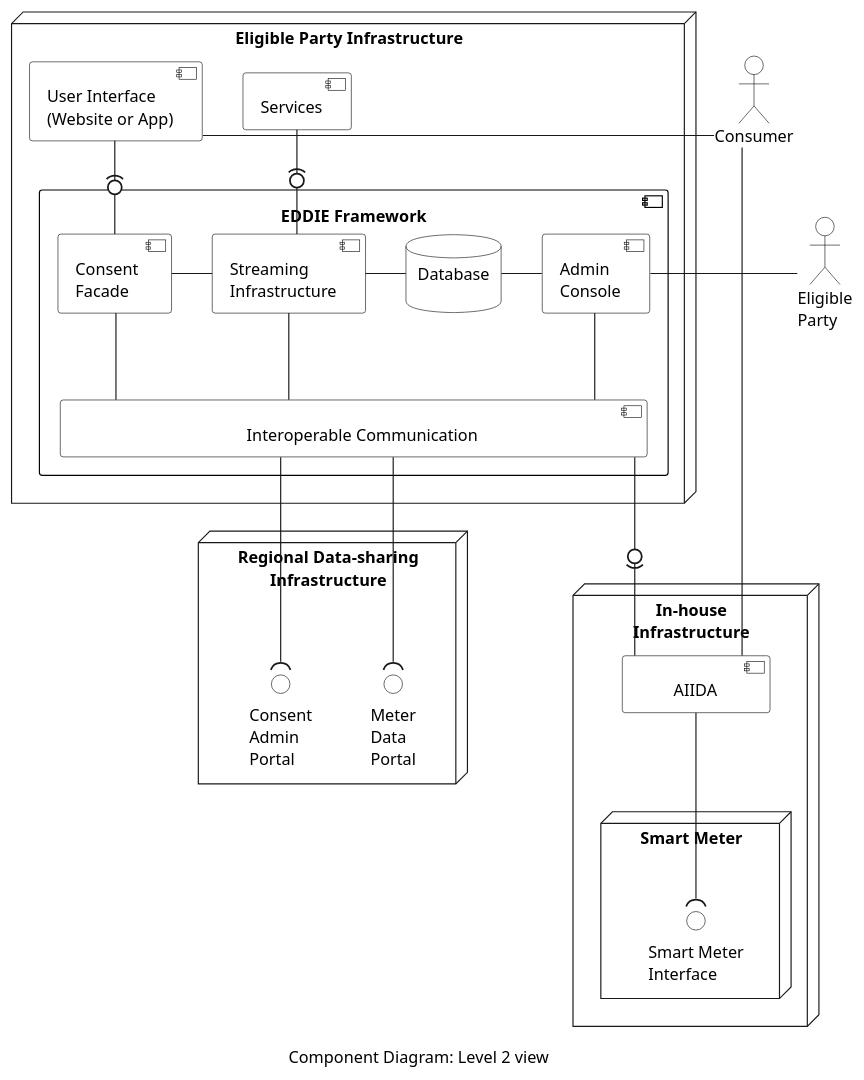
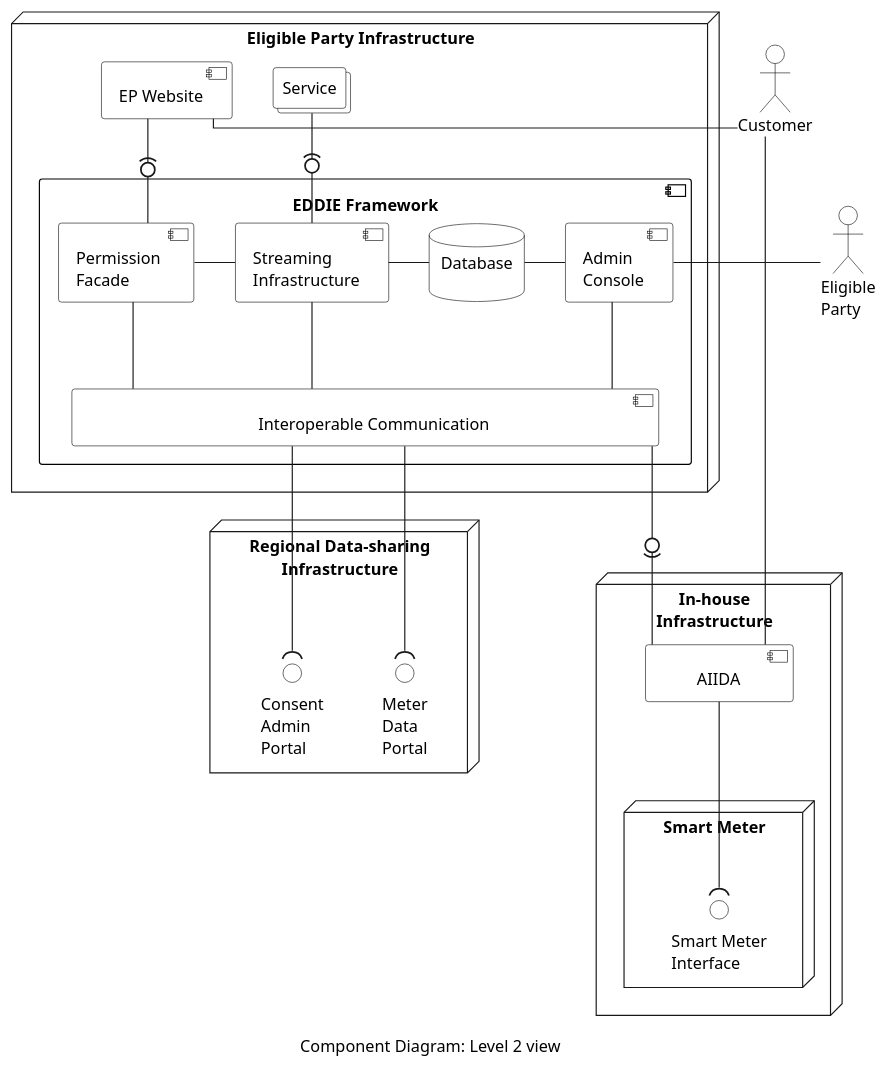
The diagram in arc42/05-building-block-view/figures/component-diagram-level-2.puml (eddie-energy/architecture), drawn with PlantUML before and after one commit. The commit also changed 129 other files, not shown here.

```diff
--- a/arc42/05-building-block-view/figures/component-diagram-level-2.puml
+++ b/arc42/05-building-block-view/figures/component-diagram-level-2.puml
@@ -1,78 +1,82 @@
 @startuml component-diagram-level-2
 'component diagram
 caption Component Diagram: Level 2 view
 
 skinparam linetype ortho
 skinparam interface {
   backgroundColor transparent
   borderColor black
 }
 skinparam component{
   BorderColor black
   BackgroundColor transparent
 }
 skinparam actor{
   BorderColor black
   BackgroundColor transparent
 }
 skinparam database{
   BorderColor black
   BackgroundColor transparent
 }
+skinparam collections{
+  BorderColor black
+  BackgroundColor white
+}
 skinparam rectangle{
   BorderColor transparent
   BackgroundColor transparent
   FontColor transparent
 }
 
 
 node "Eligible Party Infrastructure"  as epInfra{
   component "EDDIE Framework" {    
-    component "Consent \nFacade" as consentFacade
+    component "Permission \nFacade" as consentFacade
     component "Streaming\nInfrastructure" as broker
     database "Database\n" as database
     component "Admin \nConsole" as adminConsole
     component "\t\t\t\t\tInteroperable Communication\t\t\t\t\t" as comm
   }
  
-    component "User Interface \n(Website or App)" as ui
-    component "Services" as services
+    component "EP Website" as ui
+    collections "Service" as services
   
 
   ui -down(0- consentFacade
   ui -[hidden]right- services
   consentFacade -right- broker
   consentFacade -down- comm
   broker -right- database
   broker -down- comm
   database -right-adminConsole
   broker -up0)- services
   adminConsole -down- comm
 
 }
 node "In-house\nInfrastructure" {
   component "\tAIIDA\t" as aiida
   node "Smart Meter" as meter {
       interface "Smart Meter\nInterface" as p1
   }
   aiida -down-( p1 
 }
 
 node "Regional Data-sharing\nInfrastructure" as energyProvider {
   interface "Meter\nData\nPortal" as dataPortal
   interface "Consent\nAdmin\nPortal" as adminPortal
 }
 
-actor "Consumer" as consumer
+actor "Customer" as consumer
 actor "Eligible\nParty" as admin
   admin -left- adminConsole
 
 consumer -down- aiida
 consumer - ui
 
 comm -down-( dataPortal
 comm -down-( adminPortal
 
 aiida -up(0- comm
 
 @enduml
```
